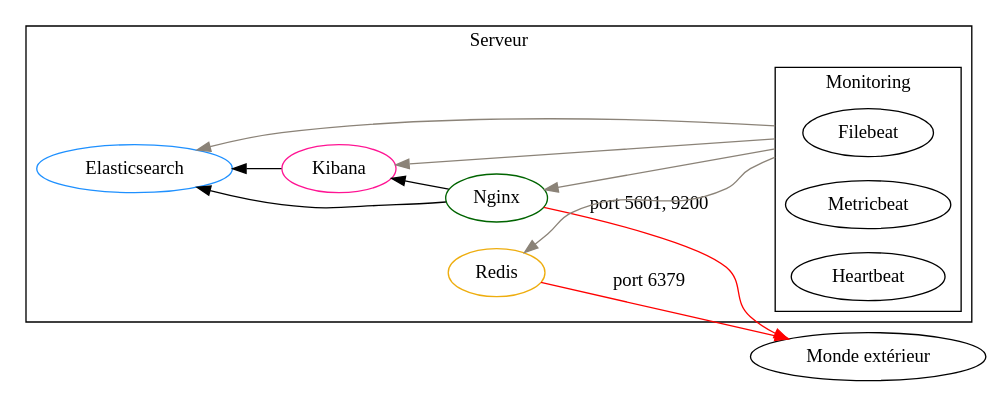
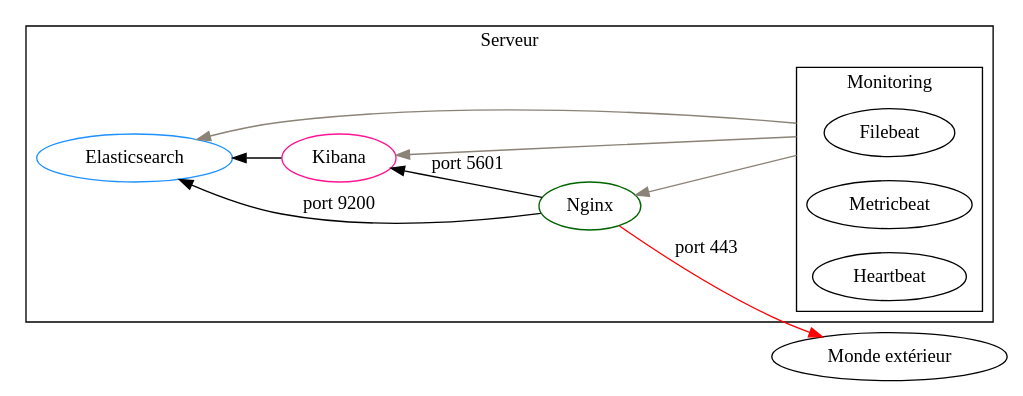
The first of 4 diagrams in schemas.md (Transrian/bd71-courses), drawn with Graphviz before and after one commit. The commit also changed other lines of this file and 5 other files, not shown here.

````diff
--- a/schemas.md
+++ b/schemas.md
@@ -5,34 +5,31 @@
 ```dot {engine="dot"}
 digraph f {  
     rankdir=RL;
     compound=true;
 
     "Kibana" -> "Elasticsearch"
-    "Nginx" -> "Kibana"
-    "Nginx" -> "Elasticsearch"
+    "Nginx" -> "Kibana"  [label="port 5601"]
+    "Nginx" -> "Elasticsearch" [label="port 9200"]
     "Monde extérieur"
-    "Monde extérieur" -> "Nginx" [label="port 5601, 9200", color=red, dir="back"]
-    "Monde extérieur" -> "Redis" [label="port 6379", color=red, dir="back"]
+    "Monde extérieur" -> "Nginx" [label="port 443", color=red, dir="back"]
     "Filebeat" -> "Elasticsearch" [constraint=true, ltail=cluster_monitoring, color=antiquewhite4]
     "Filebeat" -> "Kibana" [constraint=true, ltail=cluster_monitoring, color=antiquewhite4]
     "Filebeat" -> "Nginx" [constraint=true, ltail=cluster_monitoring, color=antiquewhite4]
-    "Filebeat" -> "Redis" [constraint=true, ltail=cluster_monitoring, color=antiquewhite4]
 
     subgraph cluster_server {
         label="Serveur"
         "Elasticsearch" [color=dodgerblue1]
         "Kibana" [color=deeppink]
         "Nginx" [color=darkgreen]
-        "Redis" [color=darkgoldenrod2]
 
         subgraph cluster_monitoring {
             label="Monitoring"
             "Filebeat"
             "Metricbeat"
             "Heartbeat"
         }
         
     }
     
 }
 ```
````
